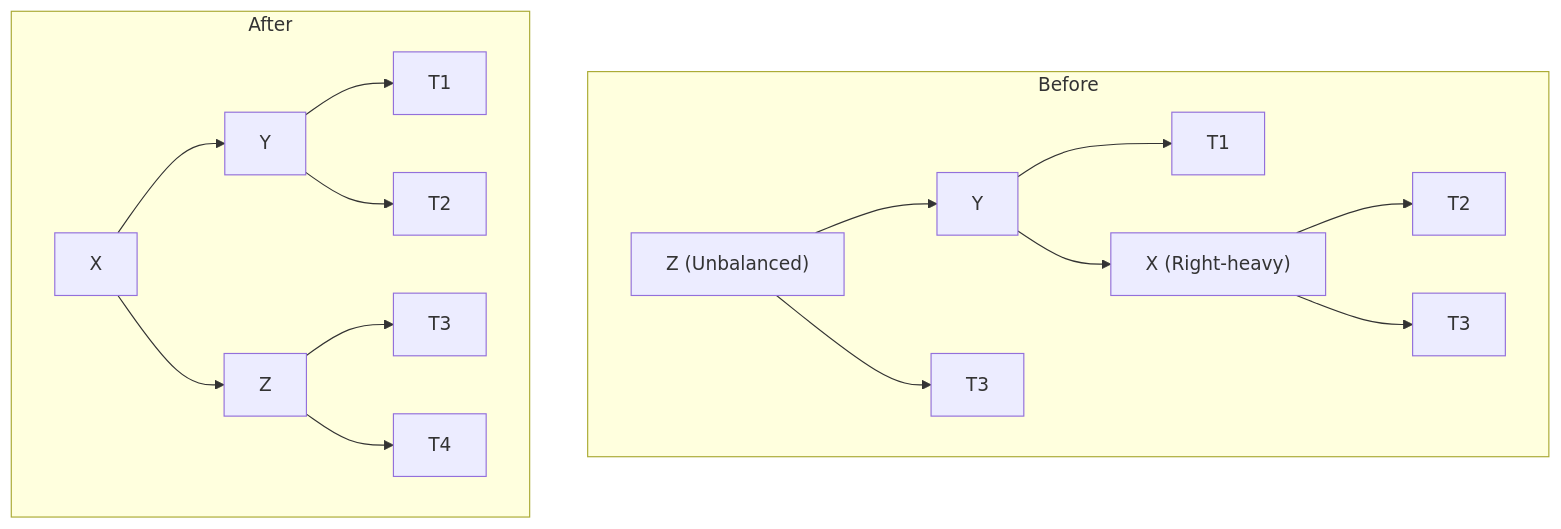
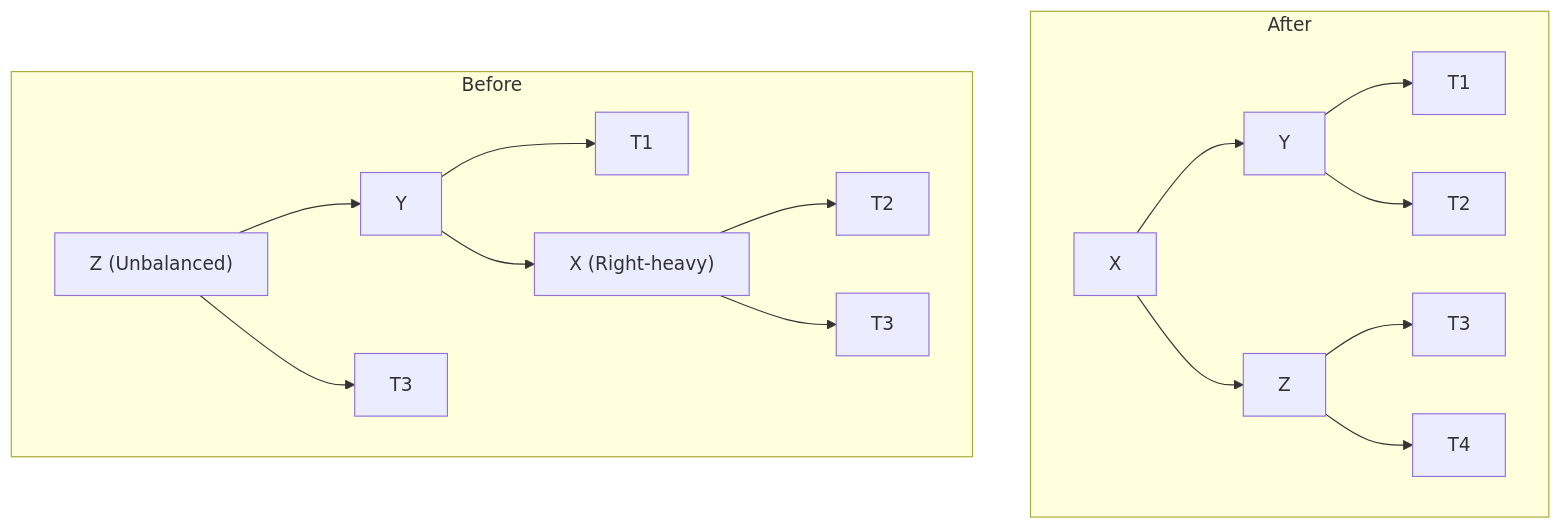
The third of 4 diagrams in _posts/Algo/trees/2025-01-20-avl-tree.md (nitinkc/nitinkc.github.io), drawn with Mermaid before and after one commit. The commit also changed other lines of this file, not shown here.

````diff
--- a/_posts/Algo/trees/2025-01-20-avl-tree.md
+++ b/_posts/Algo/trees/2025-01-20-avl-tree.md
@@ -53,22 +53,22 @@
 ```mermaid!
 graph TD
+    subgraph After
+        H["X"]
+        H --> I["Y"]
+        H --> J["Z"]
+        I --> K["T1"]
+        I --> L["T2"]
+        J --> M["T3"]
+        J --> N["T4"]
+    end
+    
     subgraph Before
         A["Z (Unbalanced)"]
         A --> B["Y"]
         A --> C["T3"]
         B --> D["T1"]
         B --> E["X (Right-heavy)"]
         E --> F["T2"]
         E --> G["T3"]
     end
-
-    subgraph After
-        H["X"]
-        H --> I["Y"]
-        H --> J["Z"]
-        I --> K["T1"]
-        I --> L["T2"]
-        J --> M["T3"]
-        J --> N["T4"]
-    end
 ```
````
